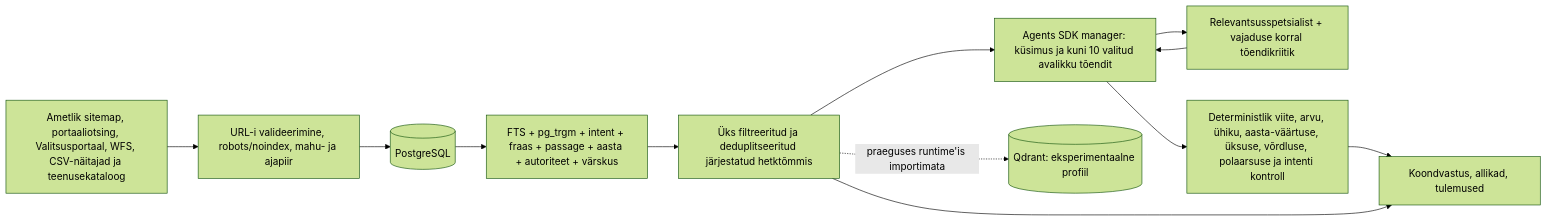
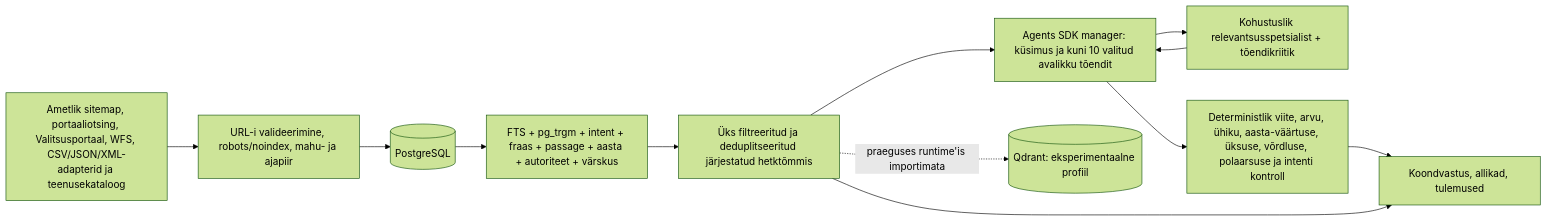
One commit to AARenor/keskkonnaportaali-praktika changed the diagram in acceptance-evidence.md. Above: the diagram before and after it, drawn with Mermaid (forest theme). The commit also changed other lines of this file and 42 other files, not shown here.

````diff
--- a/acceptance-evidence.md
+++ b/acceptance-evidence.md
@@ -141,19 +168,19 @@
 ```mermaid
 flowchart LR
-  A[Ametlik sitemap, portaaliotsing, Valitsusportaal, WFS, CSV-näitajad ja teenusekataloog]
+  A[Ametlik sitemap, portaaliotsing, Valitsusportaal, WFS, CSV/JSON/XML-adapterid ja teenusekataloog]
   B[URL-i valideerimine, robots/noindex, mahu- ja ajapiir]
   C[(PostgreSQL)]
   D[FTS + pg_trgm + intent + fraas + passage + aasta + autoriteet + värskus]
   E[Üks filtreeritud ja deduplitseeritud järjestatud hetktõmmis]
   F[Agents SDK manager: küsimus ja kuni 10 valitud avalikku tõendit]
-  S[Relevantsusspetsialist + vajaduse korral tõendikriitik]
+  S[Kohustuslik relevantsusspetsialist + tõendikriitik]
   G[Deterministlik viite, arvu, ühiku, aasta-väärtuse, üksuse, võrdluse, polaarsuse ja intenti kontroll]
   H[Koondvastus, allikad, tulemused]
   Q[(Qdrant: eksperimentaalne profiil)]
 
   A --> B --> C --> D --> E
   E --> F --> G --> H
   F --> S --> F
   E --> H
   E -. praeguses runtime'is importimata .-> Q
 ```
````
